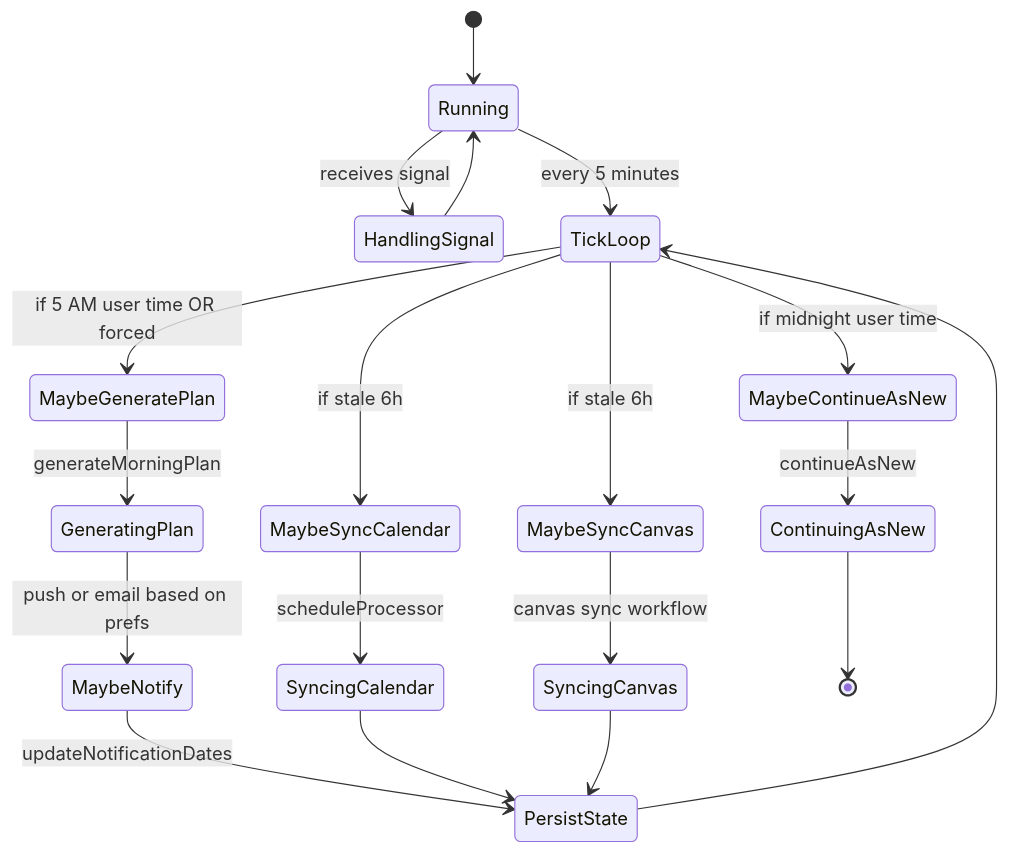
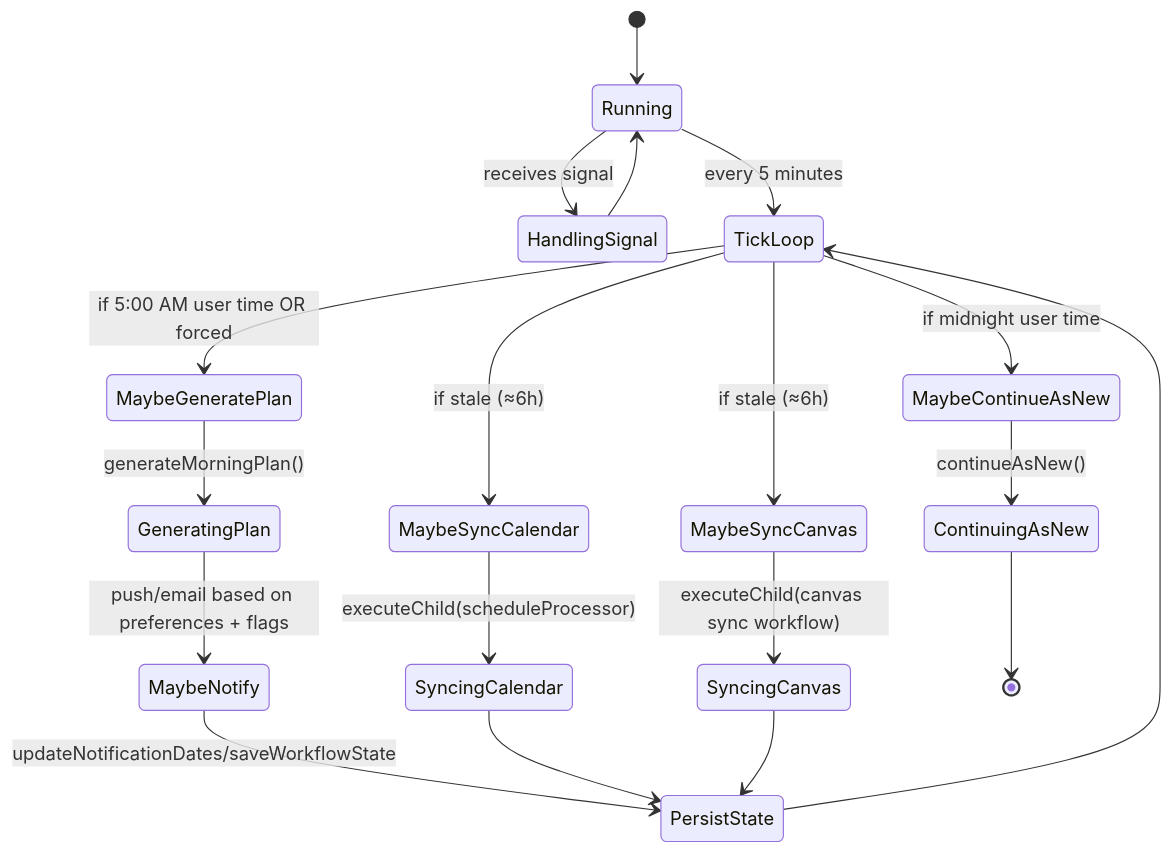
Before and after one commit to DormWay/mintlify-docs: diagram 11 of 23 in docs/engineering/architecture/how-dormway-works.mdx, drawn with Mermaid. The commit also changed other lines of this file and 26 other files, not shown here.

````diff
--- a/docs/engineering/architecture/how-dormway-works.mdx
+++ b/docs/engineering/architecture/how-dormway-works.mdx
@@ -620,25 +620,25 @@
 ```mermaid
 stateDiagram-v2
   [*] --> Running
-  Running --> HandlingSignal : receives signal
+  Running --> HandlingSignal: receives signal
   HandlingSignal --> Running
 
-  Running --> TickLoop : every 5 minutes
-  TickLoop --> MaybeGeneratePlan : if 5 AM user time OR forced
-  MaybeGeneratePlan --> GeneratingPlan : generateMorningPlan
-  GeneratingPlan --> MaybeNotify : push or email based on prefs
-  MaybeNotify --> PersistState : updateNotificationDates
+  Running --> TickLoop: every 5 minutes
+  TickLoop --> MaybeGeneratePlan: if 5:00 AM user time OR forced
+  MaybeGeneratePlan --> GeneratingPlan: generateMorningPlan()
+  GeneratingPlan --> MaybeNotify: push/email based on preferences + flags
+  MaybeNotify --> PersistState: updateNotificationDates/saveWorkflowState
   PersistState --> TickLoop
 
-  TickLoop --> MaybeSyncCalendar : if stale 6h
-  MaybeSyncCalendar --> SyncingCalendar : scheduleProcessor
+  TickLoop --> MaybeSyncCalendar: if stale (≈6h)
+  MaybeSyncCalendar --> SyncingCalendar: executeChild(scheduleProcessor)
   SyncingCalendar --> PersistState
 
-  TickLoop --> MaybeSyncCanvas : if stale 6h
-  MaybeSyncCanvas --> SyncingCanvas : canvas sync workflow
+  TickLoop --> MaybeSyncCanvas: if stale (≈6h)
+  MaybeSyncCanvas --> SyncingCanvas: executeChild(canvas sync workflow)
   SyncingCanvas --> PersistState
 
-  TickLoop --> MaybeContinueAsNew : if midnight user time
-  MaybeContinueAsNew --> ContinuingAsNew : continueAsNew
+  TickLoop --> MaybeContinueAsNew: if midnight user time
+  MaybeContinueAsNew --> ContinuingAsNew: continueAsNew()
   ContinuingAsNew --> [*]
 ```
````
